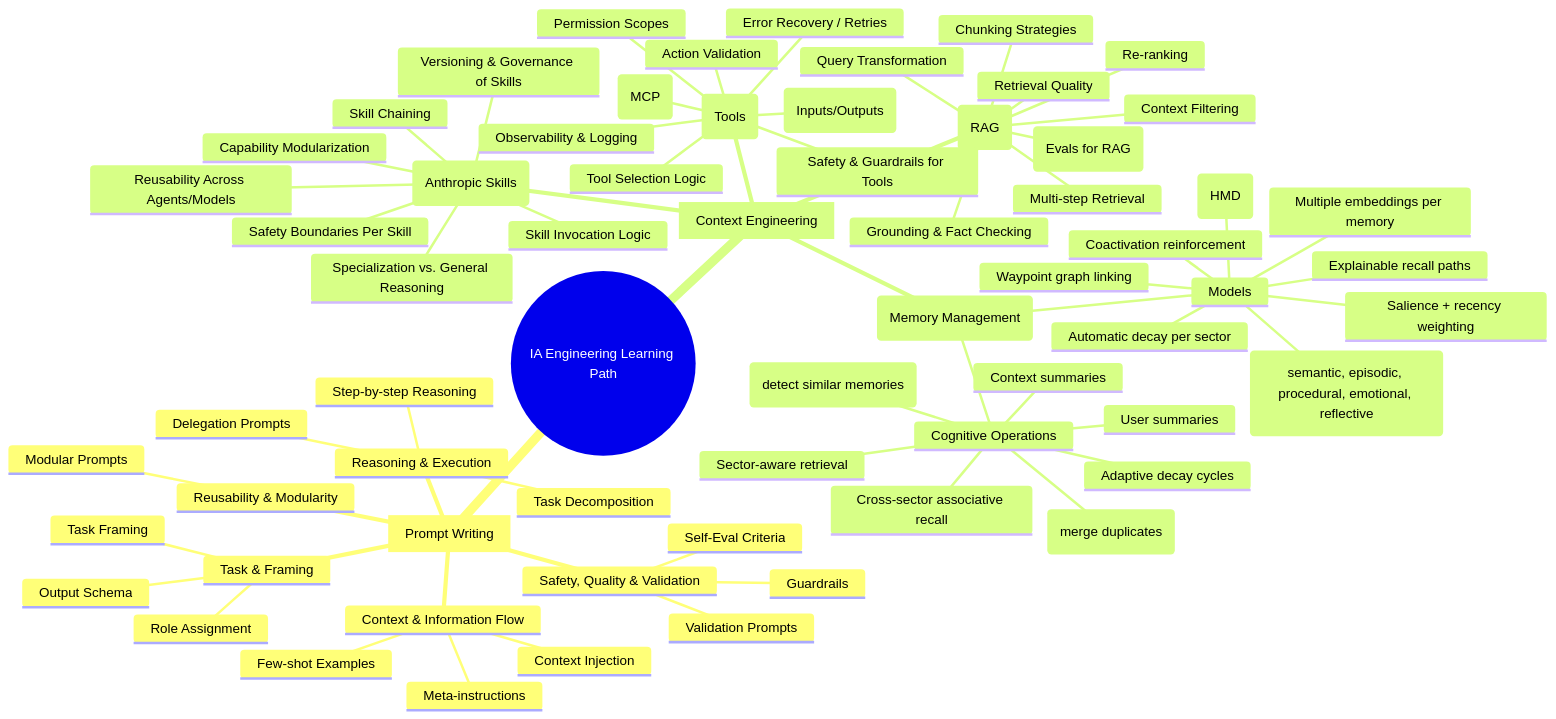
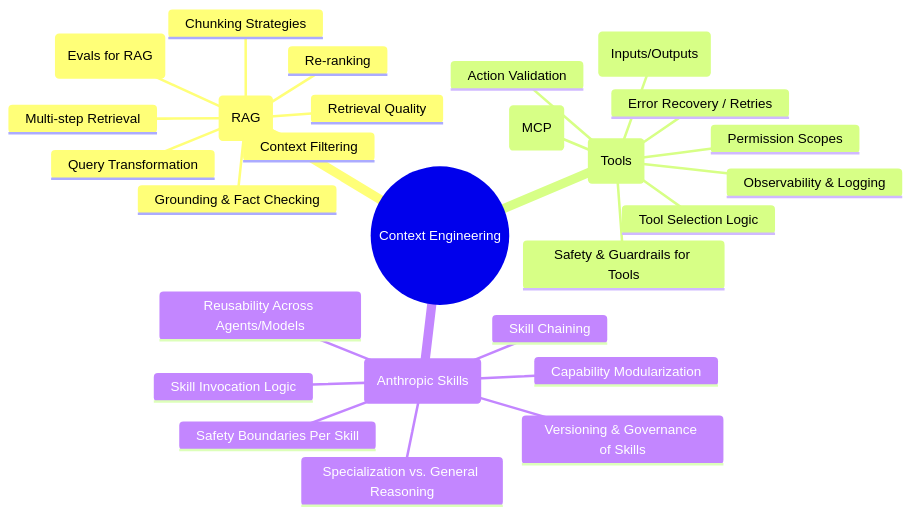
Before and after one commit to asiermarques/ai: the second of 2 diagrams in ai-engineering-lp.md, drawn with Mermaid. The commit also changed other lines of this file, not shown here.

````diff
--- a/ai-engineering-lp.md
+++ b/ai-engineering-lp.md
@@ -7,35 +44,7 @@
 ---
 
 mindmap
-  root((IA Engineering Learning Path))
-
-    [Prompt Writing]
-
-      Task & Framing
-        Task Framing
-        Role Assignment
-        Output Schema
-  
-      Context & Information Flow
-        Context Injection
-        Few-shot Examples
-        Meta-instructions
-  
-      Reasoning & Execution
-        Step-by-step Reasoning
-        Task Decomposition
-        Delegation Prompts
-  
-      Safety, Quality & Validation
-        Guardrails
-        Validation Prompts
-        Self-Eval Criteria
-  
-      Reusability & Modularity
-        Modular Prompts
-
-    [Context Engineering]
-
+  root((Context Engineering))
       (RAG)
         Retrieval Quality
         Chunking Strategies
@@ -64,25 +73,5 @@
         Reusability Across Agents/Models
         Safety Boundaries Per Skill
         Versioning & Governance of Skills
-
-
-      (Memory Management)
-        Models
-          Multi‑sector memory (semantic, episodic, procedural, emotional, reflective)
-          Hierarchical Memory Decomposition (HMD)
-          Multiple embeddings per memory
-          Automatic decay per sector
-          Coactivation reinforcement
-          Salience + recency weighting
-          Waypoint graph linking
-          Explainable recall paths
-        Cognitive Operations
-          Pattern clustering (detect similar memories)
-          Memory consolidation (merge duplicates)
-          Context summaries
-          User summaries
-          Sector‑aware retrieval
-          Cross‑sector associative recall
-          Adaptive decay cycles
     
 ```
````
